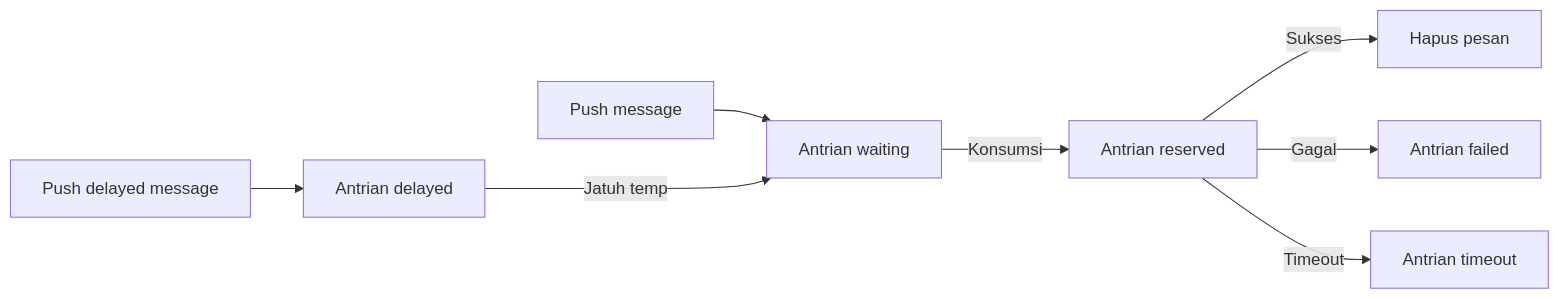
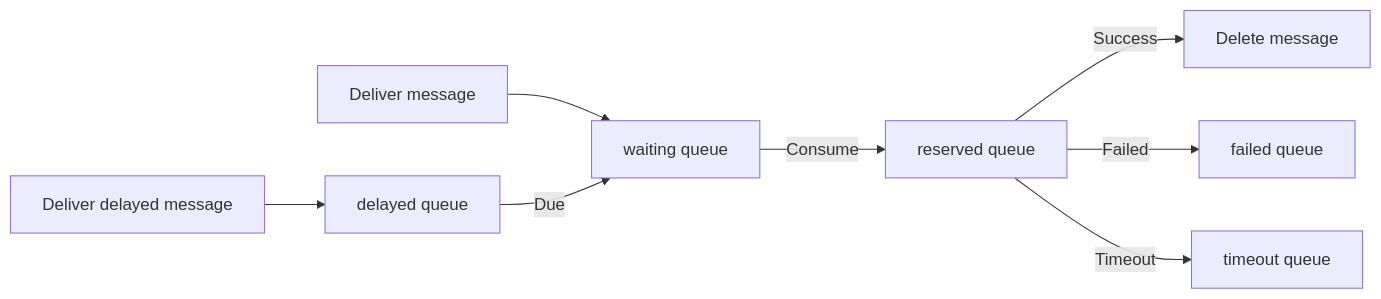
The second of 2 diagrams in docs/id/async-queue.md (hyperf/hyperf), drawn with Mermaid before and after one commit. The commit also changed other lines of this file and 1 other file, not shown here.

Commit message:
docs(id): refine docs/id/{aop,async-queue}.md translation for better phrasing (ref: zh-cn)

````diff
--- a/docs/id/async-queue.md
+++ b/docs/id/async-queue.md
@@ -327,10 +474,10 @@
 ```mermaid
 graph LR;
-A[Push delayed message]-->C[Antrian delayed];
-B[Push message]-->D[Antrian waiting];
-C--Jatuh tempo-->D;
-D--Konsumsi-->E[Antrian reserved];
-E--Sukses-->F[Hapus pesan];
-E--Gagal-->G[Antrian failed];
-E--Timeout-->H[Antrian timeout];
+A[Deliver delayed message]-->C[delayed queue];
+B[Deliver message]-->D[waiting queue];
+C--Due-->D;
+D--Consume-->E[reserved queue];
+E--Success-->F[Delete message];
+E--Failed-->G[failed queue];
+E--Timeout-->H[timeout queue];
 ```
````
